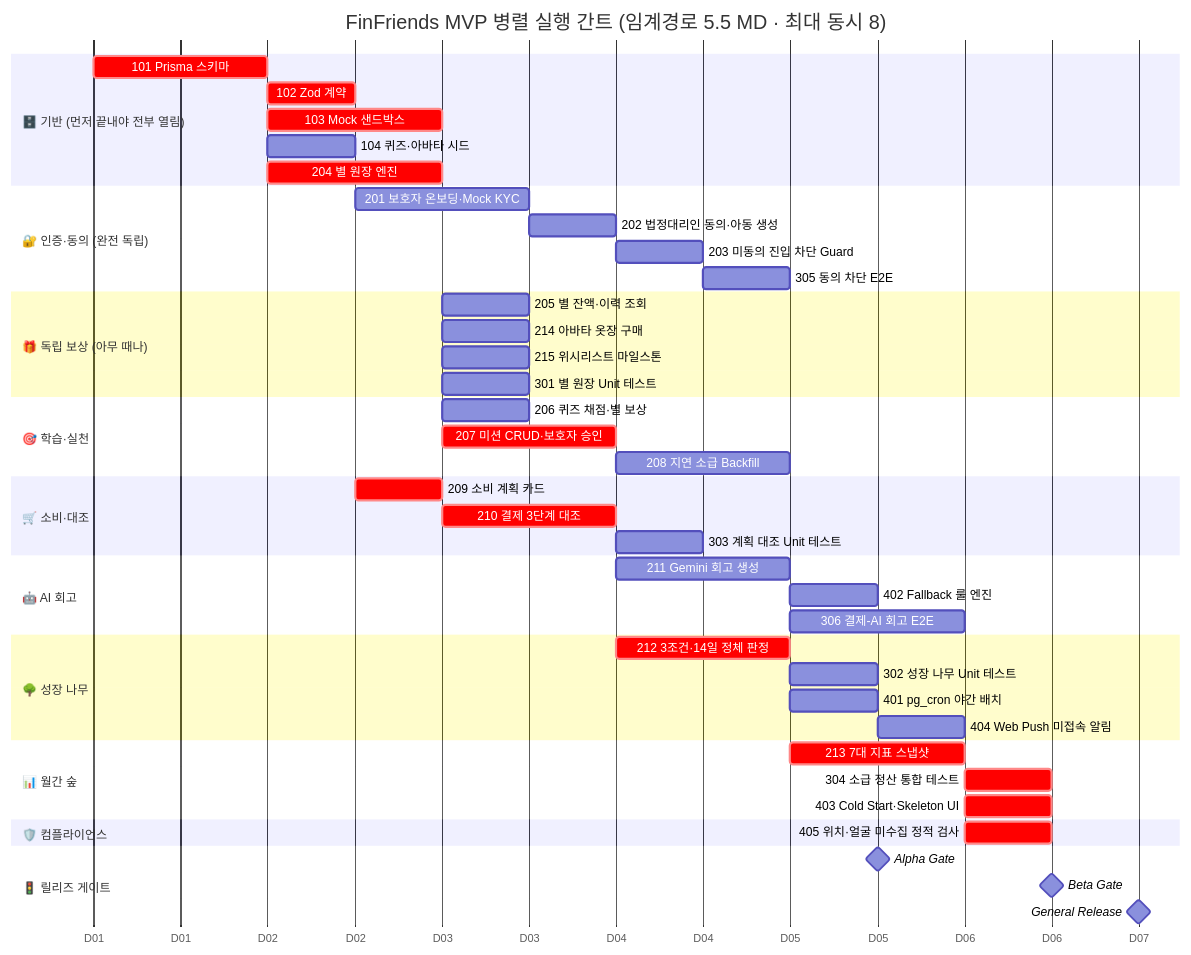
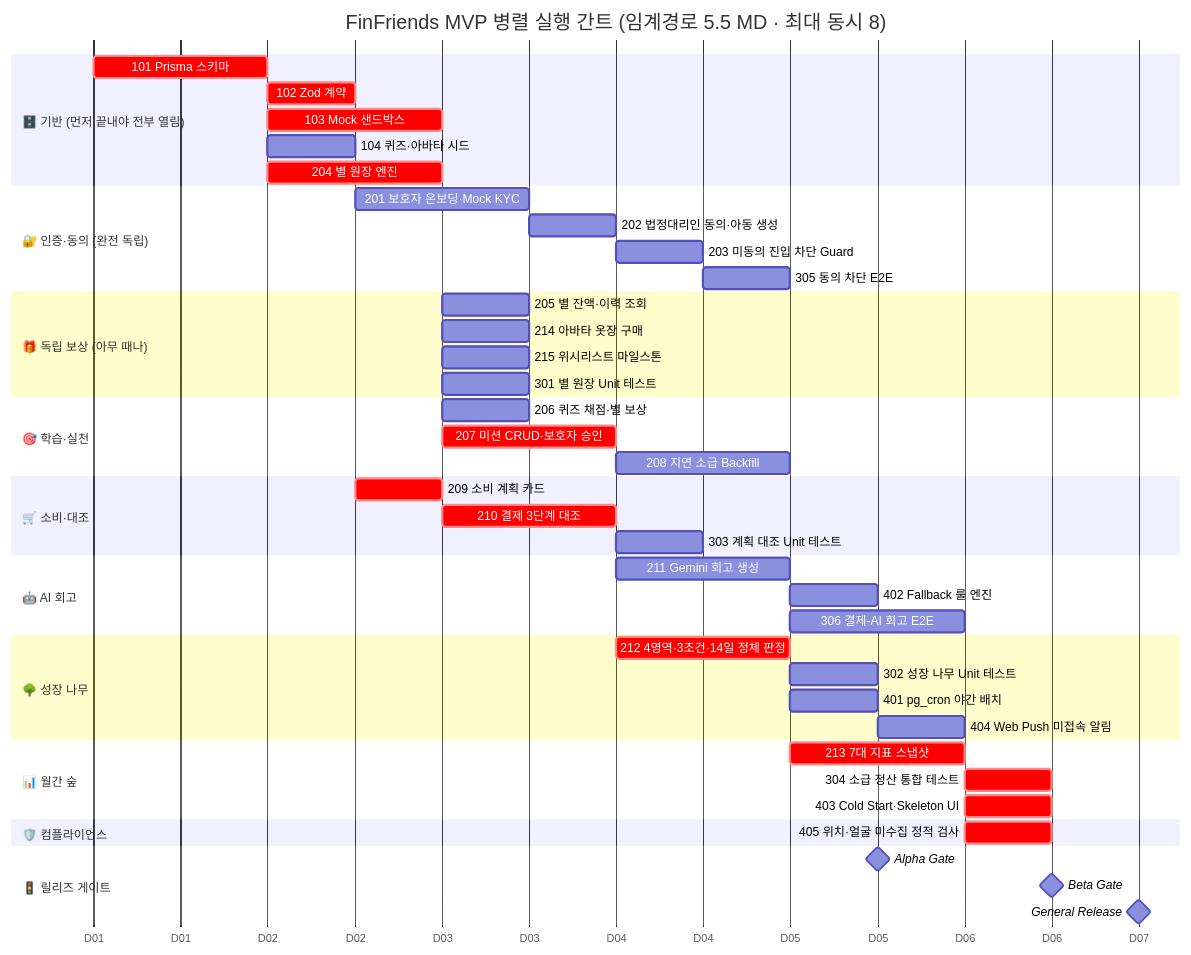
The second of 2 diagrams in tasks/parallel-gantt.md (hayoungv/finfriends-prd-to-srs), drawn with Mermaid before and after one commit. The commit also changed other lines of this file and 20 other files, not shown here.

````diff
--- a/tasks/parallel-gantt.md
+++ b/tasks/parallel-gantt.md
@@ -80,60 +80,60 @@
 ```mermaid
 gantt
     title FinFriends MVP 병렬 실행 간트 (임계경로 5.5 MD · 최대 동시 8)
     dateFormat YYYY-MM-DD HH:mm
     axisFormat D%d
     todayMarker off
 
     section 🗄️ 기반 (먼저 끝내야 전부 열림)
     101 Prisma 스키마              :crit, b1, 2026-09-01 00:00, 1d
     102 Zod 계약                   :crit, b2, 2026-09-02 00:00, 12h
     103 Mock 샌드박스              :crit, b3, 2026-09-02 00:00, 1d
     104 퀴즈·아바타 시드            :b4, 2026-09-02 00:00, 12h
     204 별 원장 엔진               :crit, b5, 2026-09-02 00:00, 1d
 
     section 🔐 인증·동의 (완전 독립)
     201 보호자 온보딩·Mock KYC      :a1, 2026-09-02 12:00, 1d
     202 법정대리인 동의·아동 생성    :a2, 2026-09-03 12:00, 12h
     203 미동의 진입 차단 Guard      :a3, 2026-09-04 00:00, 12h
     305 동의 차단 E2E              :a4, 2026-09-04 12:00, 12h
 
     section 🎁 독립 보상 (아무 때나)
     205 별 잔액·이력 조회           :r1, 2026-09-03 00:00, 12h
     214 아바타 옷장 구매            :r2, 2026-09-03 00:00, 12h
     215 위시리스트 마일스톤          :r3, 2026-09-03 00:00, 12h
     301 별 원장 Unit 테스트         :r4, 2026-09-03 00:00, 12h
 
     section 🎯 학습·실천
     206 퀴즈 채점·별 보상           :p1, 2026-09-03 00:00, 12h
     207 미션 CRUD·보호자 승인       :crit, p2, 2026-09-03 00:00, 1d
     208 지연 소급 Backfill          :p3, 2026-09-04 00:00, 1d
 
     section 🛒 소비·대조
     209 소비 계획 카드              :crit, s1, 2026-09-02 12:00, 12h
     210 결제 3단계 대조             :crit, s2, 2026-09-03 00:00, 1d
     303 계획 대조 Unit 테스트        :s3, 2026-09-04 00:00, 12h
 
     section 🤖 AI 회고
     211 Gemini 회고 생성            :i1, 2026-09-04 00:00, 1d
     402 Fallback 룰 엔진            :i2, 2026-09-05 00:00, 12h
     306 결제-AI 회고 E2E            :i3, 2026-09-05 00:00, 1d
 
     section 🌳 성장 나무
-    212 3조건·14일 정체 판정        :crit, g1, 2026-09-04 00:00, 1d
+    212 4영역·3조건·14일 정체 판정    :crit, g1, 2026-09-04 00:00, 1d
     302 성장 나무 Unit 테스트        :g2, 2026-09-05 00:00, 12h
     401 pg_cron 야간 배치           :g3, 2026-09-05 00:00, 12h
     404 Web Push 미접속 알림        :g4, 2026-09-05 12:00, 12h
 
     section 📊 월간 숲
     213 7대 지표 스냅샷             :crit, f1, 2026-09-05 00:00, 1d
     304 소급 정산 통합 테스트        :crit, f2, 2026-09-06 00:00, 12h
     403 Cold Start·Skeleton UI     :crit, f3, 2026-09-06 00:00, 12h
 
     section 🛡️ 컴플라이언스
     405 위치·얼굴 미수집 정적 검사   :crit, c1, 2026-09-06 00:00, 12h
 
     section 🚦 릴리즈 게이트
     Alpha Gate                    :milestone, m1, 2026-09-05 12:00, 0d
     Beta Gate                     :milestone, m2, 2026-09-06 12:00, 0d
     General Release               :milestone, m3, 2026-09-07 00:00, 0d
 ```
````
